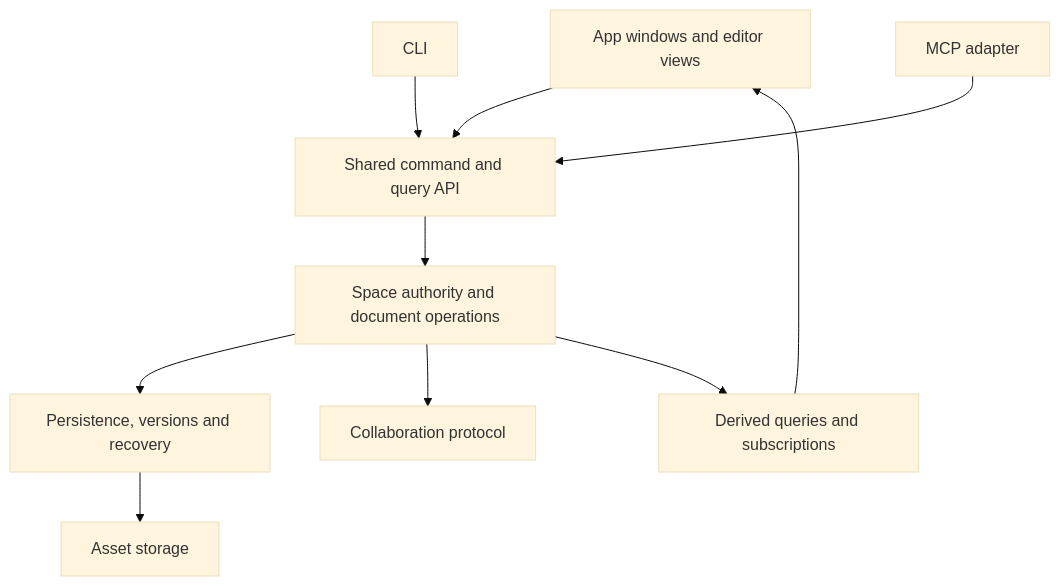
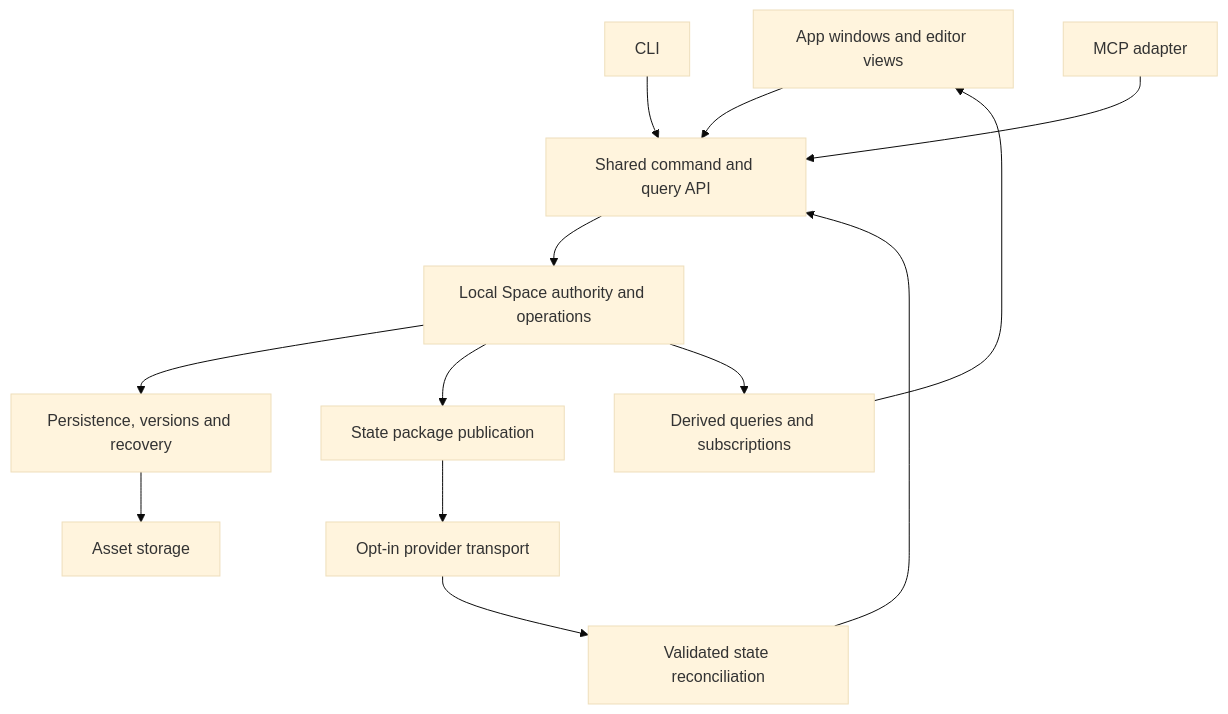
The diagram in docs/foundation/system-architecture.md (vigram-sivakumar/Clutter), drawn with Mermaid (base theme) before and after one commit. The commit also changed other lines of this file and 17 other files, not shown here.

````diff
--- a/docs/foundation/system-architecture.md
+++ b/docs/foundation/system-architecture.md
@@ -7,12 +9,15 @@
 ```mermaid
 flowchart TD
   UI["App windows and editor views"] --> API["Shared command and query API"]
   CLI["CLI"] --> API
   MCP["MCP adapter"] --> API
-  API --> Core["Space authority and document operations"]
+  API --> Core["Local Space authority and operations"]
   Core --> Store["Persistence, versions and recovery"]
-  Core --> Sync["Collaboration protocol"]
+  Provider["Opt-in provider transport"] --> Ingest["Validated state reconciliation"]
+  Ingest --> API
+  Core --> Publish["State package publication"]
+  Publish --> Provider
   Store --> Assets["Asset storage"]
   Core --> Read["Derived queries and subscriptions"]
   Read --> UI
 ```
````
